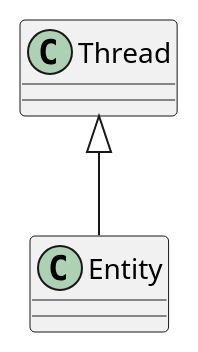
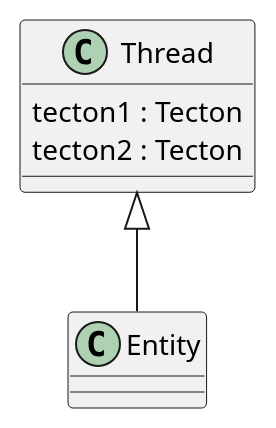
Before and after one commit to Petya-G/fungorium: the diagram in 3/classes/thread.puml, drawn with PlantUML. The commit also changed 4 other files, not shown here.

```diff
--- a/3/classes/thread.puml
+++ b/3/classes/thread.puml
@@ -1,7 +1,8 @@
 @startuml thread
 
 Thread <|-- Entity
 class Thread{
-
+    tecton1 : Tecton
+    tecton2 : Tecton
 }
 @enduml
```
